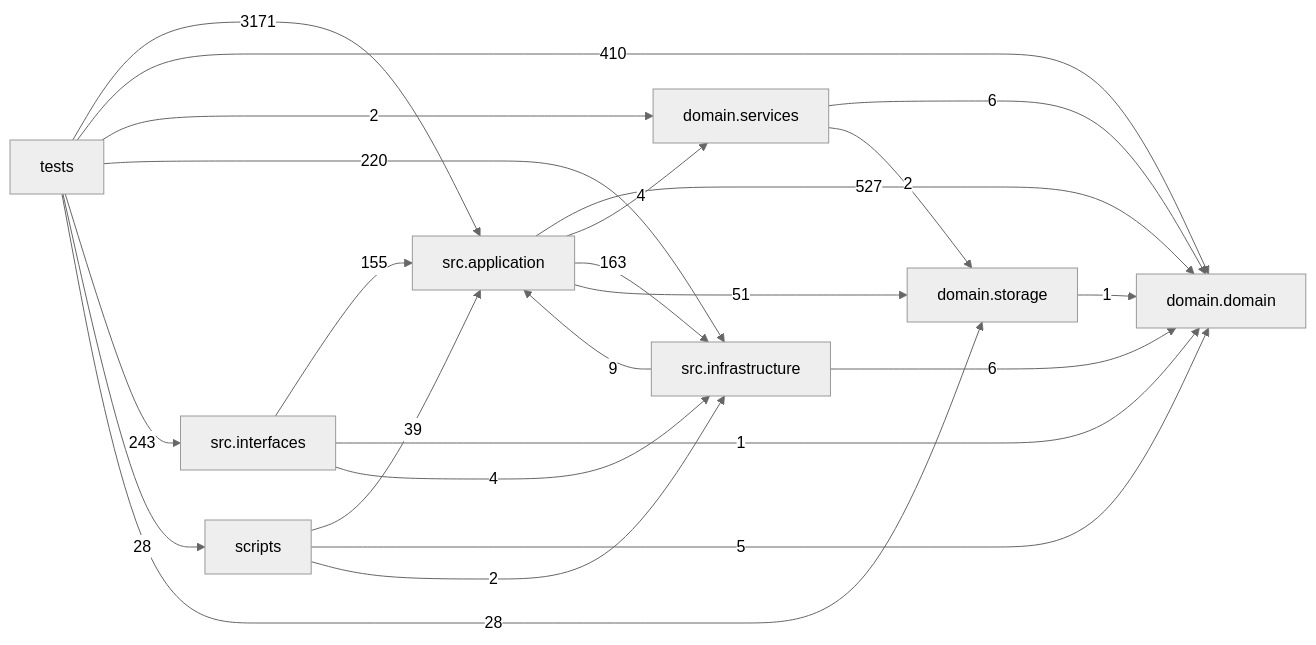
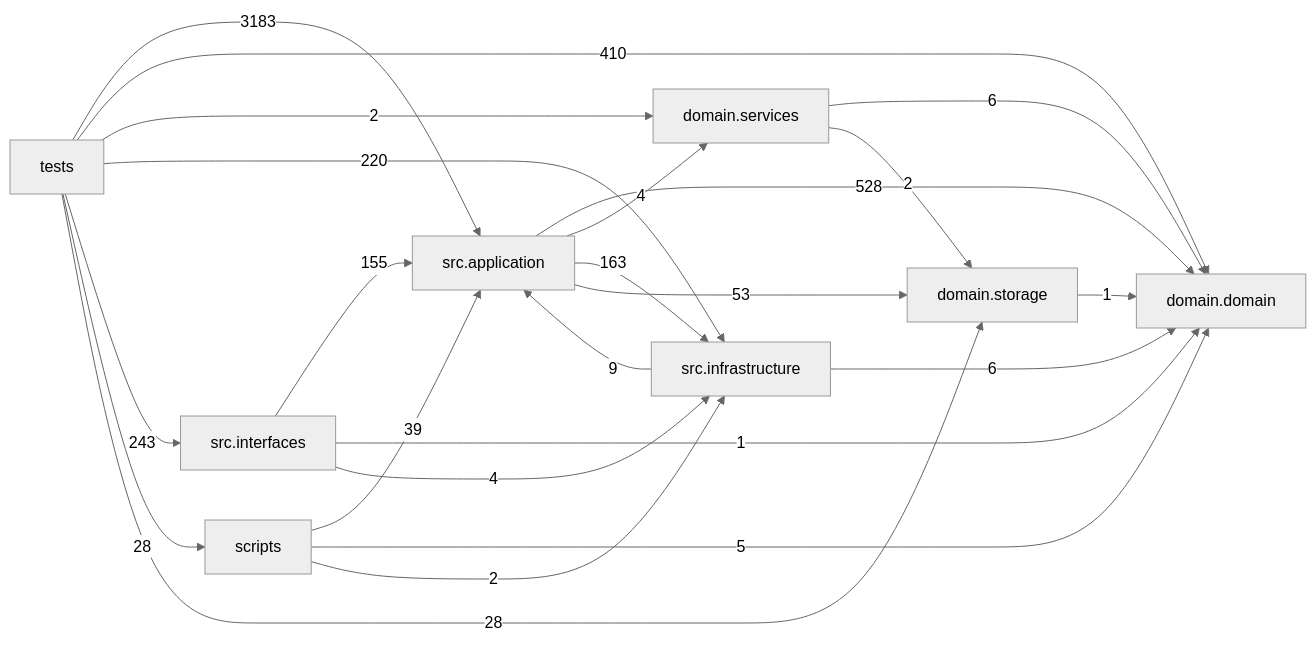
One commit to liuxie066/options-monitor changed the diagram in docs/DEPENDENCY_GRAPH.md. Above: the diagram before and after it, drawn with Mermaid (neutral theme). The commit also changed other lines of this file and 13 other files, not shown here.

````diff
--- a/docs/DEPENDENCY_GRAPH.md
+++ b/docs/DEPENDENCY_GRAPH.md
@@ -24,33 +24,33 @@
 ```mermaid
 flowchart LR
   tests["tests"]
   scripts["scripts"]
   interfaces["src.interfaces"]
   application["src.application"]
   infrastructure["src.infrastructure"]
   domain_services["domain.services"]
   domain["domain.domain"]
   storage["domain.storage"]
-  application -->|527| domain
+  application -->|528| domain
   application -->|4| domain_services
   application -->|163| infrastructure
-  application -->|51| storage
+  application -->|53| storage
   domain_services -->|6| domain
   domain_services -->|2| storage
   infrastructure -->|9| application
   infrastructure -->|6| domain
   interfaces -->|155| application
   interfaces -->|1| domain
   interfaces -->|4| infrastructure
   scripts -->|39| application
   scripts -->|5| domain
   scripts -->|2| infrastructure
   storage -->|1| domain
-  tests -->|3171| application
+  tests -->|3183| application
   tests -->|410| domain
   tests -->|2| domain_services
   tests -->|220| infrastructure
   tests -->|243| interfaces
   tests -->|28| scripts
   tests -->|28| storage
 ```
````
